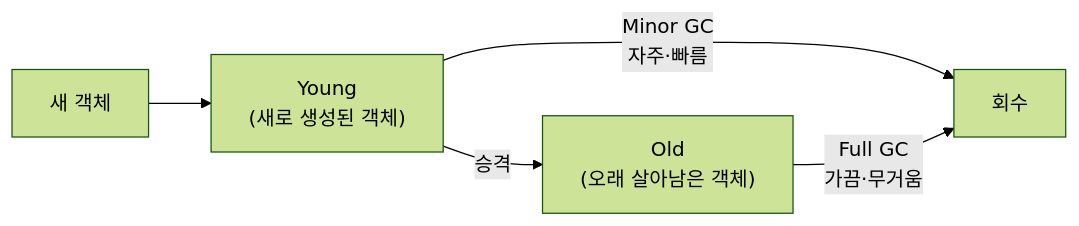
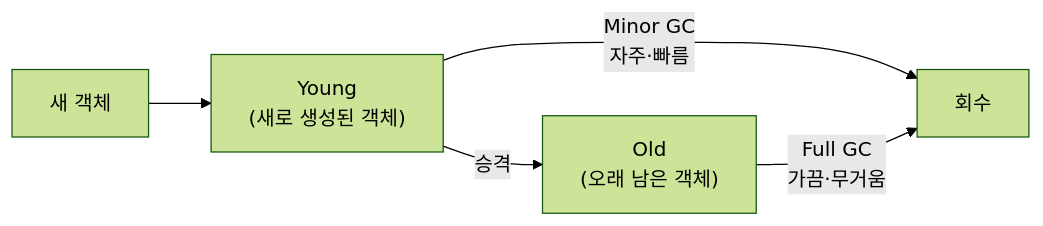
The first of 10 diagrams in blog/2026-08-18-java-gc-types.mdx (johnycho/johny-dev), drawn with Mermaid (forest theme) before and after one commit. The commit also changed other lines of this file and 42 other files, not shown here.

First line of the commit message:
post: MySQL GET_LOCK 분산 락 글 + java-gc 다이어그램·표현 정비, 지양어 다수

````diff
--- a/blog/2026-08-18-java-gc-types.mdx
+++ b/blog/2026-08-18-java-gc-types.mdx
@@ -19,7 +19,7 @@
 ```mermaid
 flowchart LR
     N["새 객체"] --> Y["Young<br/>(새로 생성된 객체)"]
     Y -->|Minor GC<br/>자주·빠름| X["회수"]
-    Y -->|승격| O["Old<br/>(오래 살아남은 객체)"]
+    Y -->|승격| O["Old<br/>(오래 남은 객체)"]
     O -->|Full GC<br/>가끔·무거움| X
 ```
````
